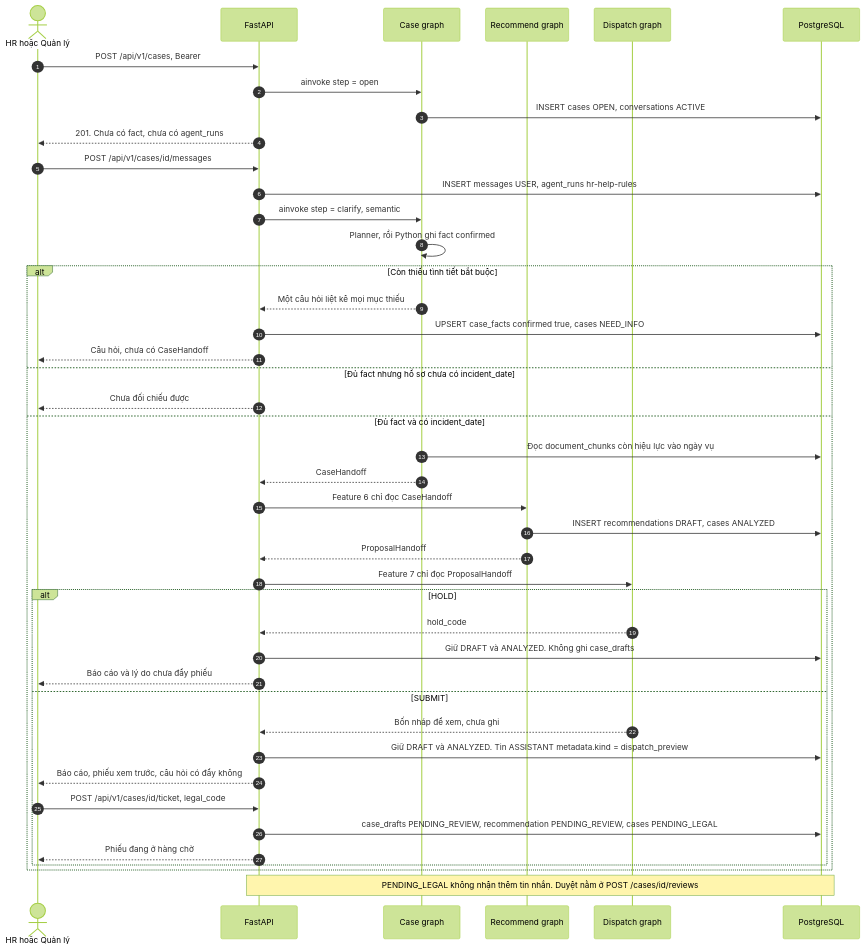
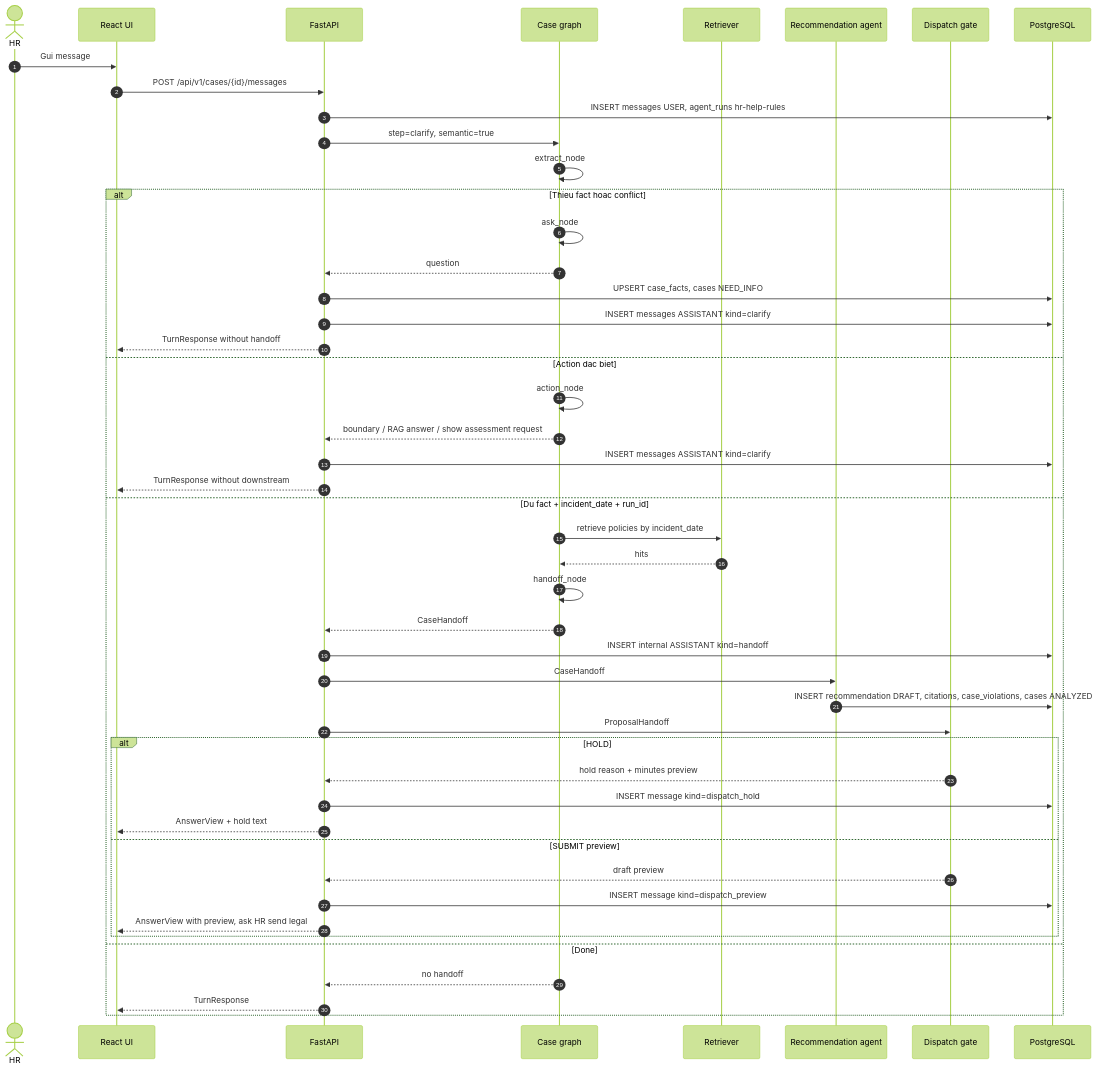
The diagram in docs/features/features.md (Tuan-Nguyen-Minhh/HRHelp), drawn with Mermaid (forest theme) before and after one commit. The commit also changed other lines of this file and 20 other files, not shown here.

````diff
--- a/docs/features/features.md
+++ b/docs/features/features.md
@@ -66,47 +184,51 @@
 ```mermaid
 sequenceDiagram
     autonumber
-    actor HR as HR hoặc Quản lý
+    actor HR
+    participant UI as React UI
     participant API as FastAPI
     participant CG as Case graph
-    participant RG as Recommend graph
-    participant DG as Dispatch graph
+    participant RAG as Retriever
+    participant REC as Recommendation agent
+    participant DIS as Dispatch gate
     participant DB as PostgreSQL
 
-    HR->>API: POST /api/v1/cases, Bearer
-    API->>CG: ainvoke step = open
-    CG->>DB: INSERT cases OPEN, conversations ACTIVE
-    API-->>HR: 201. Chưa có fact, chưa có agent_runs
-
-    HR->>API: POST /api/v1/cases/id/messages
+    HR->>UI: Gui message
+    UI->>API: POST /api/v1/cases/{id}/messages
     API->>DB: INSERT messages USER, agent_runs hr-help-rules
-    API->>CG: ainvoke step = clarify, semantic
-    CG->>CG: Planner, rồi Python ghi fact confirmed
-    alt Còn thiếu tình tiết bắt buộc
-        CG-->>API: Một câu hỏi liệt kê mọi mục thiếu
-        API->>DB: UPSERT case_facts confirmed true, cases NEED_INFO
-        API-->>HR: Câu hỏi, chưa có CaseHandoff
-    else Đủ fact nhưng hồ sơ chưa có incident_date
-        API-->>HR: Chưa đối chiếu được
-    else Đủ fact và có incident_date
-        CG->>DB: Đọc document_chunks còn hiệu lực vào ngày vụ
+    API->>CG: step=clarify, semantic=true
+    CG->>CG: extract_node
+    alt Thieu fact hoac conflict
+        CG->>CG: ask_node
+        CG-->>API: question
+        API->>DB: UPSERT case_facts, cases NEED_INFO
+        API->>DB: INSERT messages ASSISTANT kind=clarify
+        API-->>UI: TurnResponse without handoff
+    else Action dac biet
+        CG->>CG: action_node
+        CG-->>API: boundary / RAG answer / show assessment request
+        API->>DB: INSERT messages ASSISTANT kind=clarify
+        API-->>UI: TurnResponse without downstream
+    else Du fact + incident_date + run_id
+        CG->>RAG: retrieve policies by incident_date
+        RAG-->>CG: hits
+        CG->>CG: handoff_node
         CG-->>API: CaseHandoff
-        API->>RG: Feature 6 chỉ đọc CaseHandoff
-        RG->>DB: INSERT recommendations DRAFT, cases ANALYZED
-        RG-->>API: ProposalHandoff
-        API->>DG: Feature 7 chỉ đọc ProposalHandoff
+        API->>DB: INSERT internal ASSISTANT kind=handoff
+        API->>REC: CaseHandoff
+        REC->>DB: INSERT recommendation DRAFT, citations, case_violations, cases ANALYZED
+        API->>DIS: ProposalHandoff
         alt HOLD
-            DG-->>API: hold_code
-            API->>DB: Giữ DRAFT và ANALYZED. Không ghi case_drafts
-            API-->>HR: Báo cáo và lý do chưa đẩy phiếu
-        else SUBMIT
-            DG-->>API: Bốn nháp để xem, chưa ghi
-            API->>DB: Giữ DRAFT và ANALYZED. Tin ASSISTANT metadata.kind = dispatch_preview
-            API-->>HR: Báo cáo, phiếu xem trước, câu hỏi có đẩy không
-            HR->>API: POST /api/v1/cases/id/ticket, legal_code
-            API->>DB: case_drafts PENDING_REVIEW, recommendation PENDING_REVIEW, cases PENDING_LEGAL
-            API-->>HR: Phiếu đang ở hàng chờ
+            DIS-->>API: hold reason + minutes preview
+            API->>DB: INSERT message kind=dispatch_hold
+            API-->>UI: AnswerView + hold text
+        else SUBMIT preview
+            DIS-->>API: draft preview
+            API->>DB: INSERT message kind=dispatch_preview
+            API-->>UI: AnswerView with preview, ask HR send legal
         end
+    else Done
+        CG-->>API: no handoff
+        API-->>UI: TurnResponse
     end
-    Note over API,DB: PENDING_LEGAL không nhận thêm tin nhắn. Duyệt nằm ở POST /cases/id/reviews
 ```
````
